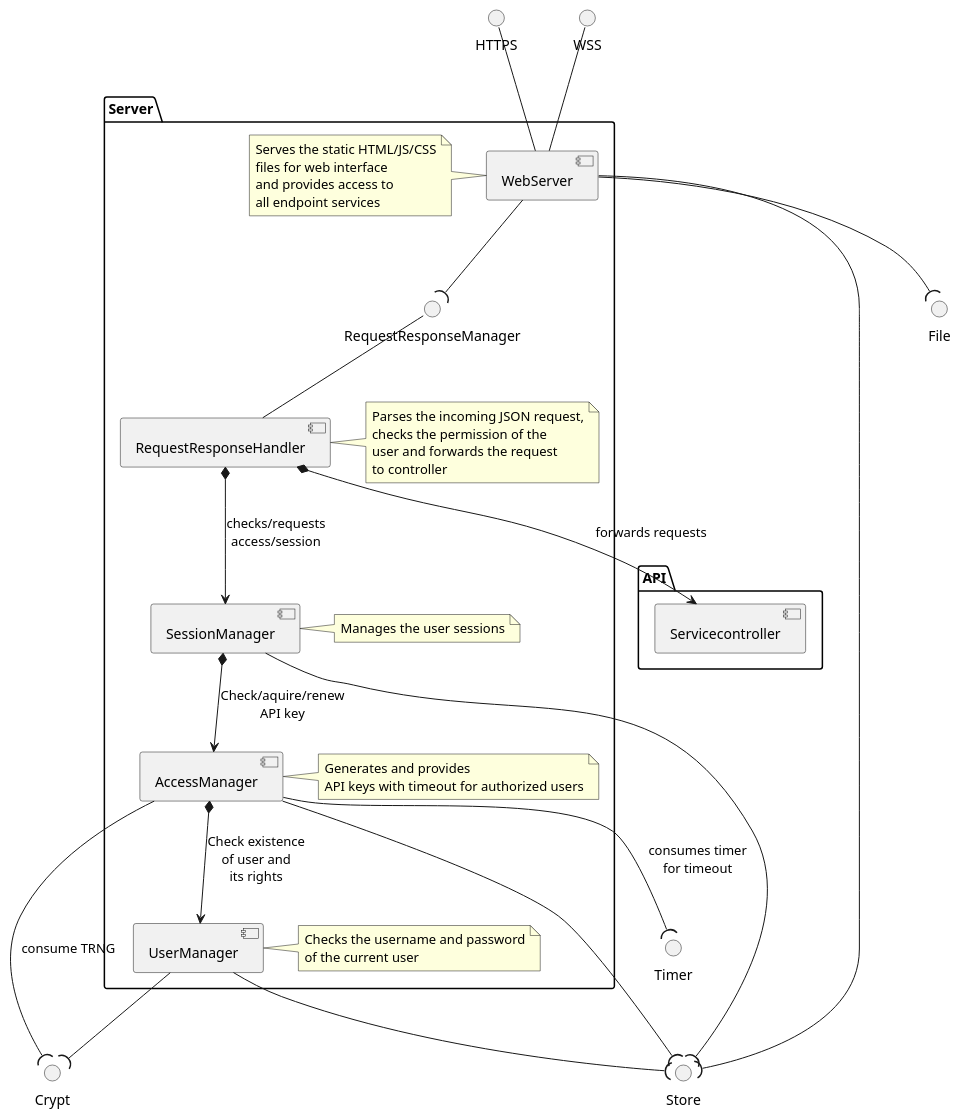
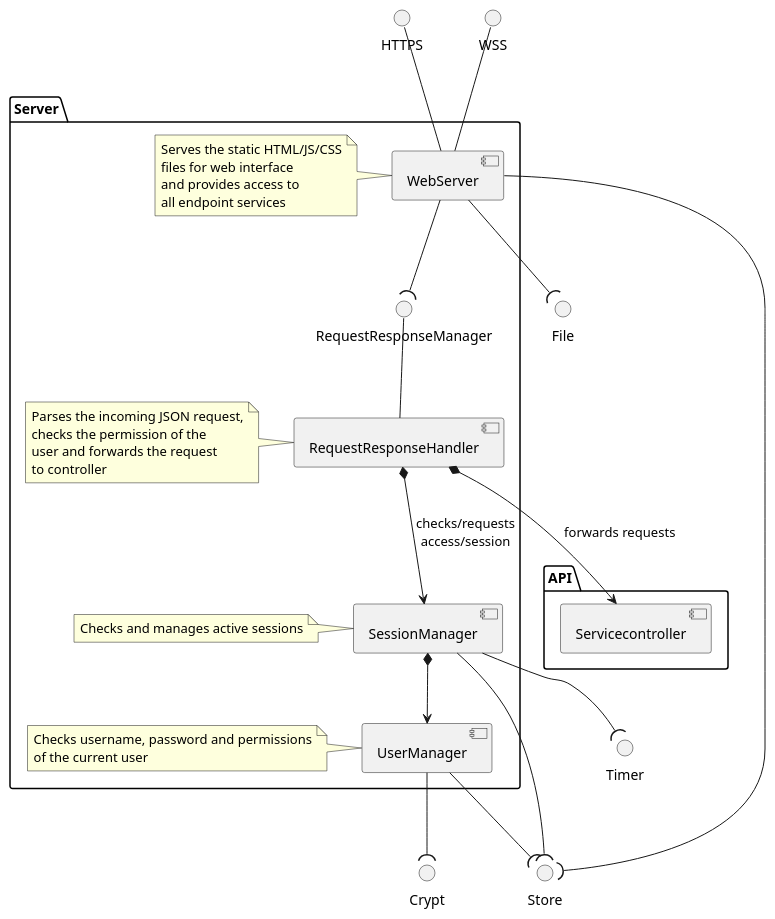
Before and after one commit to NewTec-GmbH/ZumoComSystem: the diagram in doc/architecture/server/04_Server.plantuml, drawn with PlantUML. The commit also changed 6 other files, not shown here.

Commit message:
feature(server): Create initial server architecture

```diff
--- a/doc/architecture/server/04_Server.plantuml
+++ b/doc/architecture/server/04_Server.plantuml
@@ -1,51 +1,47 @@
 @startuml
 interface "WSS" as WSS
 interface "HTTPS" as HTTPS
 
 interface "File" as File
 interface "Crypt" as Crypt
 interface "Store" as Store
 interface "Timer" as Timer
 
 package "API" as api {
     component "Servicecontroller" as servicecontroller
 }
 
 package Server {
     component "WebServer" as webserver
 
     note left of webserver : Serves the static HTML/JS/CSS\nfiles for web interface\nand provides access to\nall endpoint services
 
     webserver -up- WSS
     webserver -up- HTTPS
 
     webserver -down-(File
     webserver -down-(Store
 
     component "SessionManager" as sessionsmgmt
-    component "AccessManager" as accessmgmt
     component "UserManager" as usermgmt
     component "RequestResponseHandler" as requesthandler
 
-    note right of sessionsmgmt : Manages the user sessions
-    note right of accessmgmt : Generates and provides\nAPI keys with timeout for authorized users
-    note right of requesthandler : Parses the incoming JSON request,\nchecks the permission of the\nuser and forwards the request\nto controller
-    note right of usermgmt : Checks the username and password\nof the current user
+    note left of sessionsmgmt : Checks and manages active sessions
+    note left of requesthandler : Parses the incoming JSON request,\nchecks the permission of the\nuser and forwards the request\nto controller
+    note left of usermgmt : Checks username, password and permissions\nof the current user
 
     interface "RequestResponseManager" as Request
     requesthandler -up- Request
 
     requesthandler *--> servicecontroller : forwards requests
     requesthandler *--> sessionsmgmt : checks/requests\naccess/session
-    sessionsmgmt *--> accessmgmt : Check/aquire/renew\nAPI key
-    accessmgmt *--> usermgmt : Check existence\nof user and\nits rights
+
+    sessionsmgmt *--> usermgmt
 
     webserver -down-(Request
     sessionsmgmt -down-(Store
-    accessmgmt -down-(Store
-    accessmgmt -down-(Crypt : consume TRNG
-    accessmgmt -down-(Timer : consumes timer\nfor timeout
+    sessionsmgmt -down-(Timer
     usermgmt -down-(Store
     usermgmt -down-(Crypt
 }
 @enduml
```
